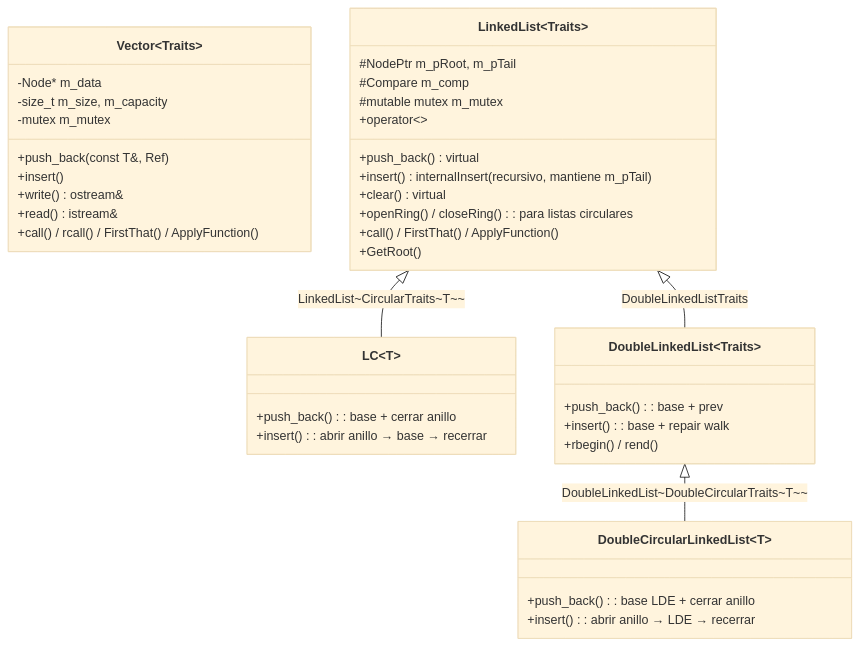
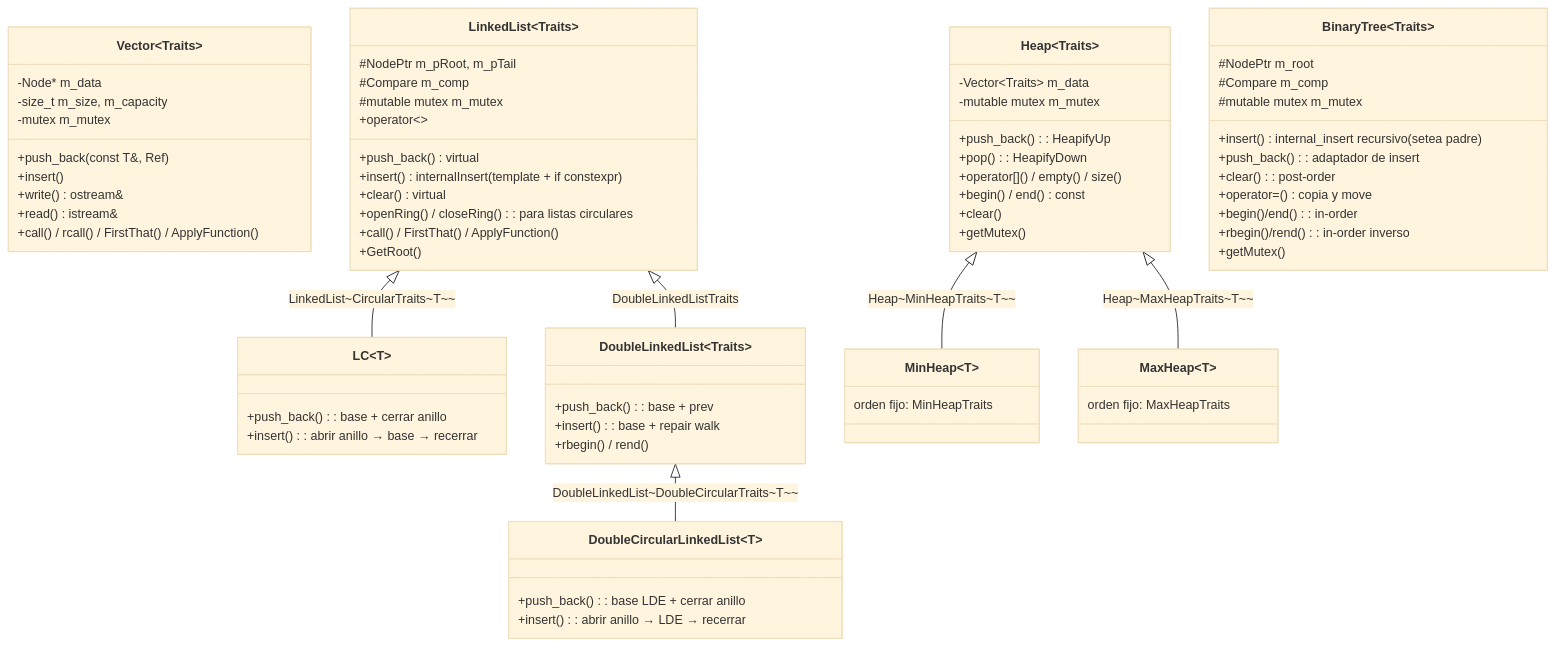
One commit to PieroVioleta/2026-II-CS-UNI-CC0E5-AEDAv changed the third of 6 diagrams in docs/jerarquias-clases.md. Above: the diagram before and after it, drawn with Mermaid (base theme). The commit also changed other lines of this file, not shown here.

Commit message:
docs: jerarquias con heap y binarytree

````diff
--- a/docs/jerarquias-clases.md
+++ b/docs/jerarquias-clases.md
@@ -76,41 +100,71 @@
 ```mermaid
 classDiagram
     class Vector~Traits~ {
         -Node* m_data
         -size_t m_size, m_capacity
         -mutex m_mutex
         +push_back(const T&, Ref)
         +insert()
         +write() ostream&
         +read() istream&
         +call() / rcall() / FirstThat() / ApplyFunction()
     }
     class LinkedList~Traits~ {
         #NodePtr m_pRoot, m_pTail
         #Compare m_comp
         #mutable mutex m_mutex
         +push_back() virtual
-        +insert() : internalInsert (recursivo, mantiene m_pTail)
+        +insert() : internalInsert (template + if constexpr)
         +clear() virtual
         +openRing() / closeRing() : para listas circulares
         +operator<</operator>>
         +call() / FirstThat() / ApplyFunction()
         +GetRoot()
     }
     class LC~T~ {
         +push_back() : base + cerrar anillo
         +insert() : abrir anillo → base → recerrar
     }
     class DoubleLinkedList~Traits~ {
         +push_back() : base + prev
         +insert() : base + repair walk
         +rbegin() / rend()
     }
     class DoubleCircularLinkedList~T~ {
         +push_back() : base LDE + cerrar anillo
         +insert() : abrir anillo → LDE → recerrar
     }
+    class Heap~Traits~ {
+        -Vector~Traits~ m_data
+        -mutable mutex m_mutex
+        +push_back() : HeapifyUp
+        +pop() : HeapifyDown
+        +operator[]() / empty() / size()
+        +begin() / end() const
+        +clear()
+        +getMutex()
+    }
+    class MinHeap~T~ {
+        orden fijo: MinHeapTraits
+    }
+    class MaxHeap~T~ {
+        orden fijo: MaxHeapTraits
+    }
+    class BinaryTree~Traits~ {
+        #NodePtr m_root
+        #Compare m_comp
+        #mutable mutex m_mutex
+        +insert() : internal_insert recursivo (setea padre)
+        +push_back() : adaptador de insert
+        +clear() : post-order
+        +operator=() copia y move
+        +begin()/end() : in-order
+        +rbegin()/rend() : in-order inverso
+        +getMutex()
+    }
     LinkedList~Traits~ <|-- LC~T~ : LinkedList~CircularTraits~T~~
     LinkedList~Traits~ <|-- DoubleLinkedList~Traits~ : DoubleLinkedListTraits
     DoubleLinkedList~Traits~ <|-- DoubleCircularLinkedList~T~ : DoubleLinkedList~DoubleCircularTraits~T~~
+    Heap~Traits~ <|-- MinHeap~T~ : Heap~MinHeapTraits~T~~
+    Heap~Traits~ <|-- MaxHeap~T~ : Heap~MaxHeapTraits~T~~
 ```
````
